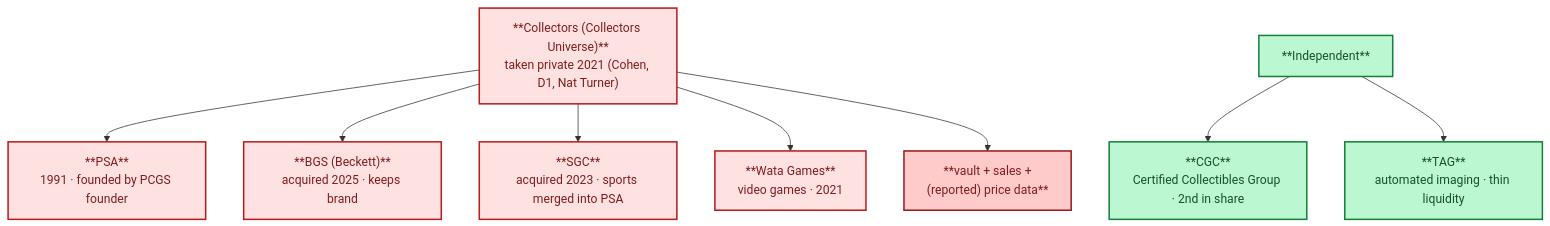
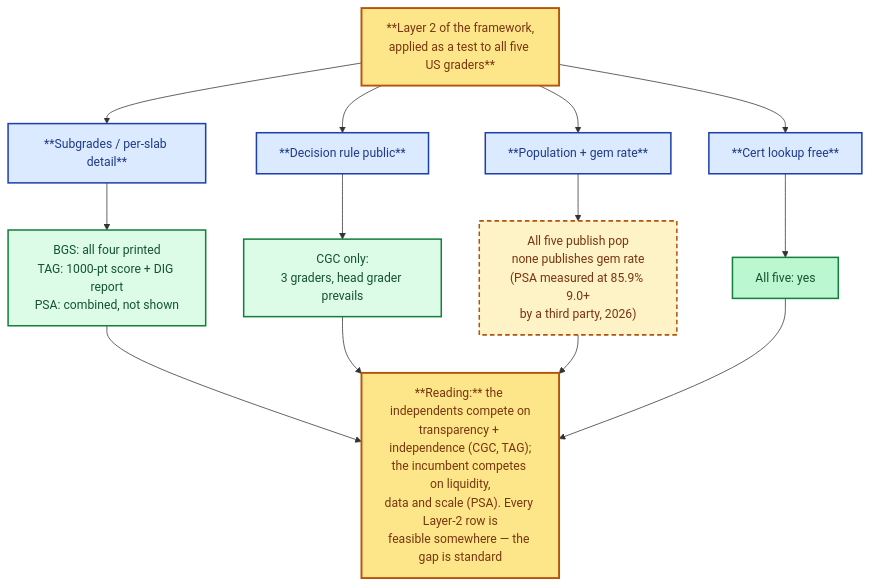
The third of 3 diagrams in docs/act-1-the-hobby/grading-companies.md (m0n3r0/trading-card-collector), drawn with Mermaid before and after one commit. The commit also changed other lines of this file and 17 other files, not shown here.

````diff
--- a/docs/act-1-the-hobby/grading-companies.md
+++ b/docs/act-1-the-hobby/grading-companies.md
@@ -124,24 +563,30 @@
 ```mermaid
 
 flowchart TD
 classDef act1 fill:#dbeafe,stroke:#1e40af,stroke-width:2px,color:#1e3a8a;
 classDef act2 fill:#fee2e2,stroke:#b91c1c,stroke-width:2px,color:#7f1d1d;
 classDef act3 fill:#dcfce7,stroke:#15803d,stroke-width:2px,color:#14532d;
 classDef key fill:#fde68a,stroke:#b45309,stroke-width:2.5px,color:#78350f;
 classDef risk fill:#fecaca,stroke:#991b1b,stroke-width:2px,color:#7f1d1d;
 classDef verify fill:#bbf7d0,stroke:#15803d,stroke-width:2px,color:#14532d;
 classDef unv fill:#fef3c7,stroke:#b45309,stroke-width:2px,stroke-dasharray:6 4,color:#78350f;
 classDef money fill:#fef9c3,stroke:#a16207,stroke-width:2px,color:#713f12;
 classDef flow fill:#f1f5f9,stroke:#64748b,stroke-width:1.5px,color:#334155;
 classDef endg fill:#e2e8f0,stroke:#475569,stroke-width:2px,color:#1e293b;
-  COLLECTORS["**Collectors (Collectors Universe)**<br/>taken private 2021 (Cohen, D1, Nat Turner)"]:::act2
-  COLLECTORS --> PSA["**PSA**<br/>1991 · founded by PCGS founder"]:::act2
-  COLLECTORS --> BGS["**BGS (Beckett)**<br/>acquired 2025 · keeps brand"]:::act2
-  COLLECTORS --> SGC["**SGC**<br/>acquired 2023 · sports merged into PSA"]:::act2
-  COLLECTORS --> WATA["**Wata Games**<br/>video games · 2021"]:::act2
-  COLLECTORS --> VAULT["**vault + sales +<br/>(reported) price data**"]:::risk
+  Q["**Layer 2 of the framework,<br/>applied as a test to all five US graders**"]:::key
+  Q --> T1["**Subgrades / per-slab detail**"]:::act1
+  Q --> T2["**Decision rule public**"]:::act1
+  Q --> T3["**Population + gem rate**"]:::act1
+  Q --> T4["**Cert lookup free**"]:::act1
 
-  INDEP["**Independent**"]:::verify
-  INDEP --> CGC["**CGC**<br/>Certified Collectibles Group · 2nd in share"]:::verify
-  INDEP --> TAG["**TAG**<br/>automated imaging · thin liquidity"]:::verify
+  T1 --> R1["BGS: all four printed<br/>TAG: 1000-pt score + DIG report<br/>PSA: combined, not shown"]:::act3
+  T2 --> R2["CGC only:<br/>3 graders, head grader prevails"]:::act3
+  T3 --> R3["All five publish pop<br/>none publishes gem rate<br/>(PSA measured at 85.9% 9.0+<br/>by a third party, 2026)"]:::unv
+  T4 --> R4["All five: yes"]:::verify
+
+  R1 --> V
+  R2 --> V
+  R3 --> V
+  R4 --> V
+  V["**Reading:** the independents compete on<br/>transparency + independence (CGC, TAG);<br/>the incumbent competes on liquidity,<br/>data and scale (PSA). Every Layer-2 row is<br/>feasible somewhere — the gap is standard"]:::key
 ```
````
